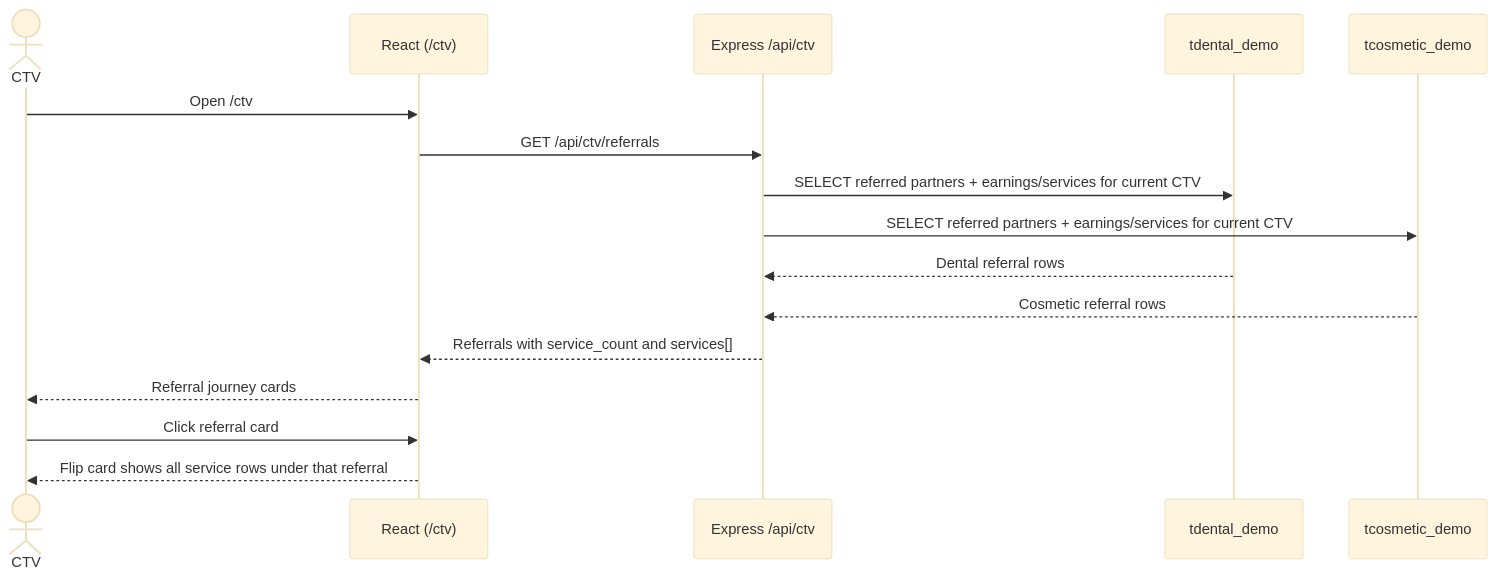
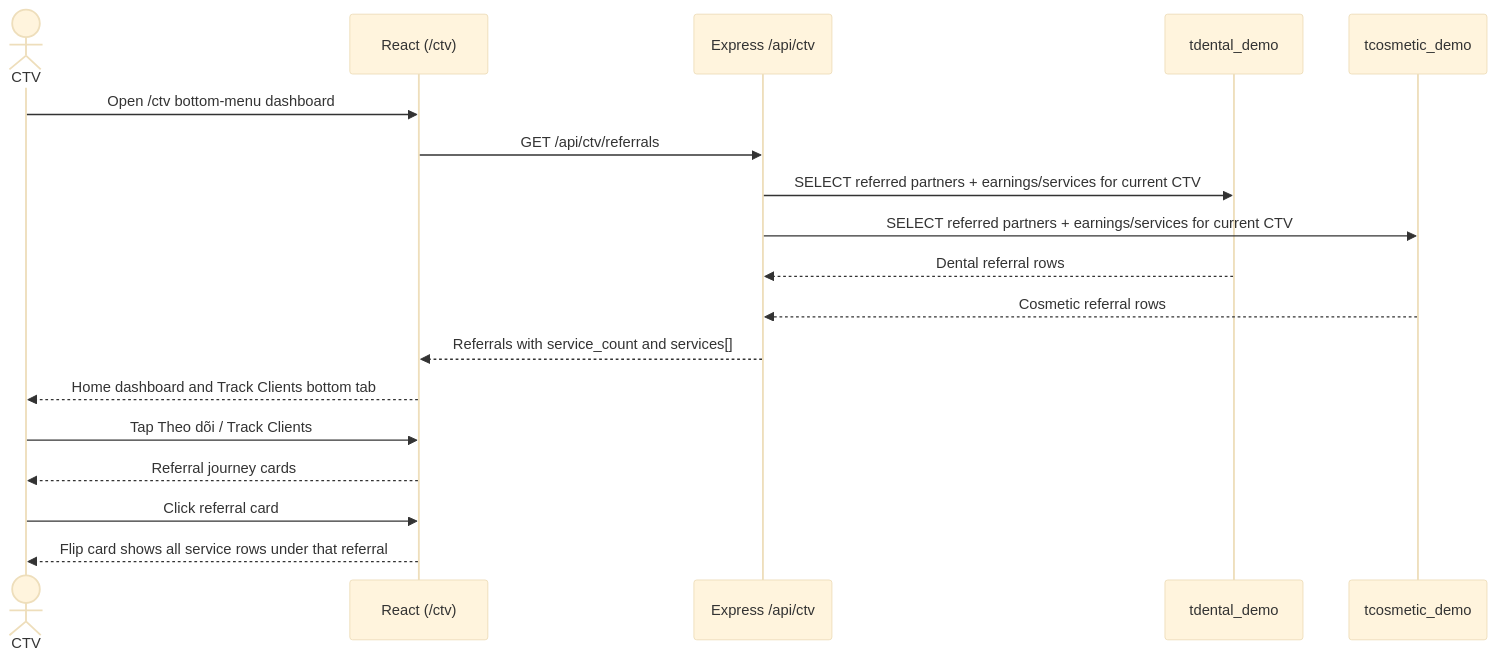
Diagram 15 of 16 in docs/WORKFLOWS.md (niiiusburo/Tgroup), drawn with Mermaid (base theme) before and after one commit. The commit also changed other lines of this file and 21 other files, not shown here.

Commit message:
fix(ctv): consolidate portal onto bottom nav

````diff
--- a/docs/WORKFLOWS.md
+++ b/docs/WORKFLOWS.md
@@ -607,19 +607,21 @@
 ```mermaid
 sequenceDiagram
     actor C as CTV
     participant FE as React (/ctv)
     participant API as Express /api/ctv
     participant Dental as tdental_demo
     participant Cosmetic as tcosmetic_demo
 
-    C->>FE: Open /ctv
+    C->>FE: Open /ctv bottom-menu dashboard
     FE->>API: GET /api/ctv/referrals
     API->>Dental: SELECT referred partners + earnings/services for current CTV
     API->>Cosmetic: SELECT referred partners + earnings/services for current CTV
     Dental-->>API: Dental referral rows
     Cosmetic-->>API: Cosmetic referral rows
     API-->>FE: Referrals with service_count and services[]
+    FE-->>C: Home dashboard and Track Clients bottom tab
+    C->>FE: Tap Theo dõi / Track Clients
     FE-->>C: Referral journey cards
     C->>FE: Click referral card
     FE-->>C: Flip card shows all service rows under that referral
 ```
````
